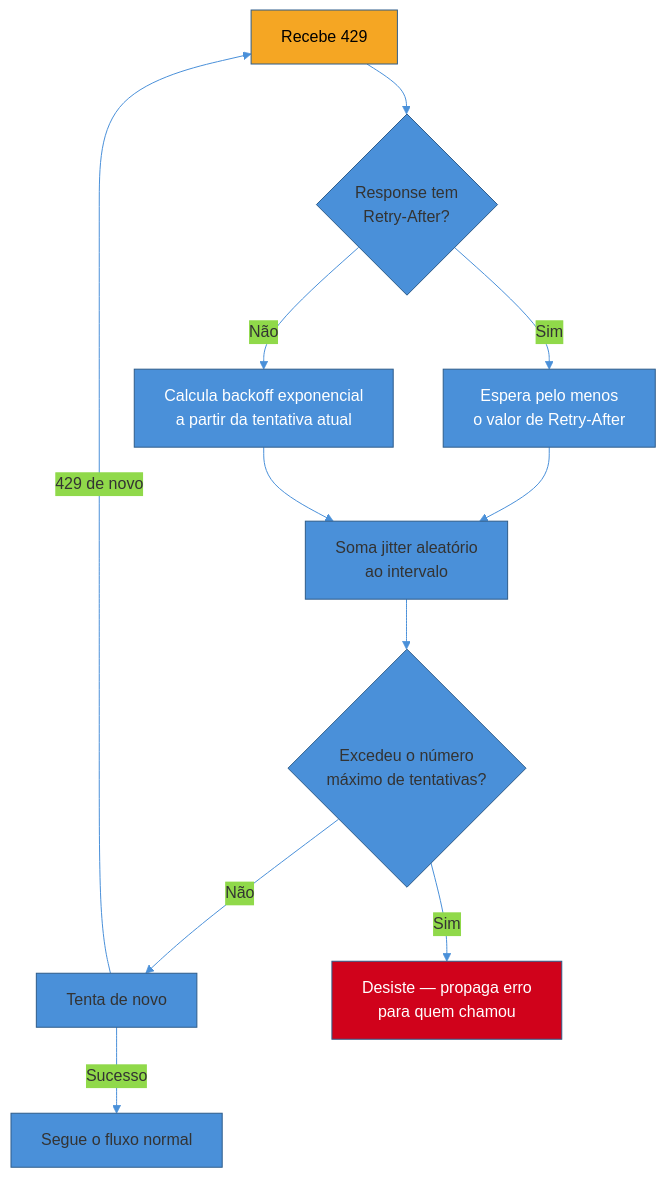
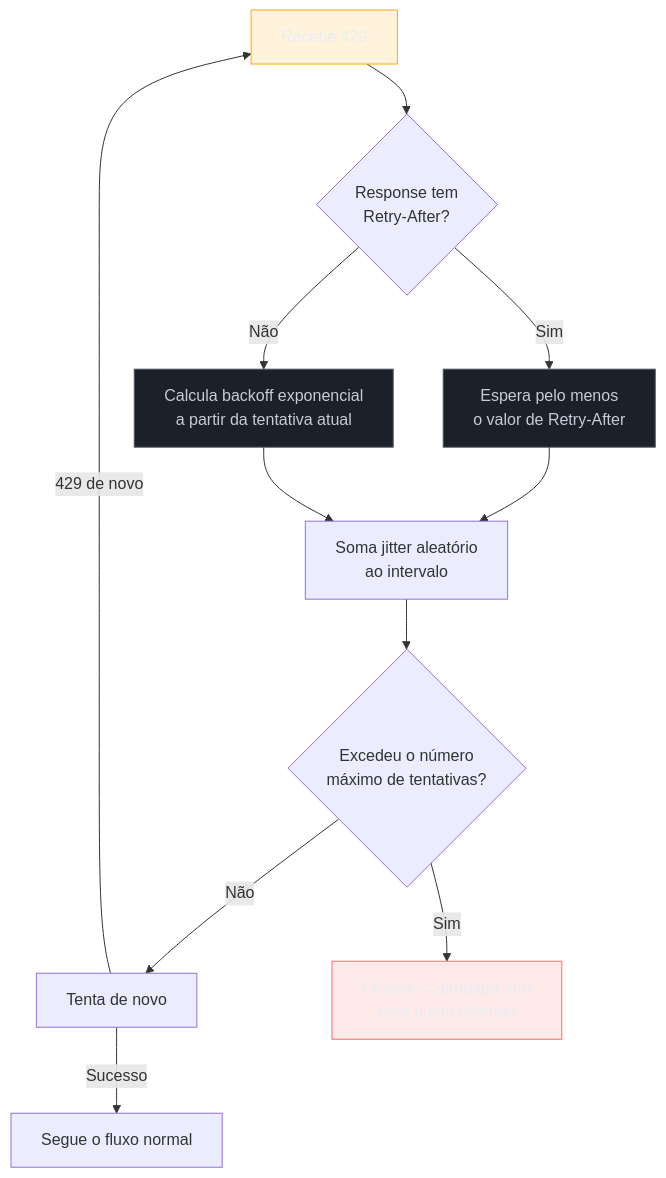
One commit to josenaldo/codex-technomanticus changed the third of 3 diagrams in 03-Dominios/Engenharia/Comunicação entre Sistemas/3 - Confiabilidade do contrato/04 - Rate limiting como contrato.md. Above: the diagram before and after it, drawn with Mermaid. The commit also changed other lines of this file and 1181 other files, not shown here.

First line of the commit message:
fix(diagramas): paleta do sistema no lugar de cor cravada no markdown

````diff
--- a/03-Dominios/Engenharia/Comunicação entre Sistemas/3 - Confiabilidade do contrato/04 - Rate limiting como contrato.md
+++ b/03-Dominios/Engenharia/Comunicação entre Sistemas/3 - Confiabilidade do contrato/04 - Rate limiting como contrato.md
@@ -163,19 +164,21 @@
 ```mermaid
-%%{init: {"theme": "base", "themeVariables": {"primaryColor": "#4A90D9", "primaryBorderColor": "#2E5C8A", "lineColor": "#4A90D9"}}}%%
 flowchart TD
+    classDef neutro fill:#1B2029,stroke:#4E5666,color:#C6CCD8
+    classDef falha fill:#FF6B6B24,stroke:#FF6B6B,color:#E9ECF2
+    classDef destaque fill:#FFAA0024,stroke:#FFAA00,color:#E9ECF2
     A["Recebe 429"] --> B{"Response tem<br/>Retry-After?"}
     B -->|"Sim"| C["Espera pelo menos<br/>o valor de Retry-After"]
     B -->|"Não"| D["Calcula backoff exponencial<br/>a partir da tentativa atual"]
     C --> E["Soma jitter aleatório<br/>ao intervalo"]
     D --> E
     E --> F{"Excedeu o número<br/>máximo de tentativas?"}
     F -->|"Não"| G["Tenta de novo"]
     F -->|"Sim"| H["Desiste — propaga erro<br/>para quem chamou"]
     G -->|"Sucesso"| I["Segue o fluxo normal"]
     G -->|"429 de novo"| A
 
-    style C fill:#4A90D9,color:#fff
-    style D fill:#4A90D9,color:#fff
-    style H fill:#D0021B,color:#fff
-    style A fill:#F5A623,color:#000
+    class C neutro
+    class D neutro
+    class H falha
+    class A destaque
 ```
````
